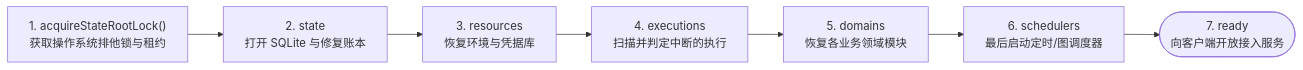
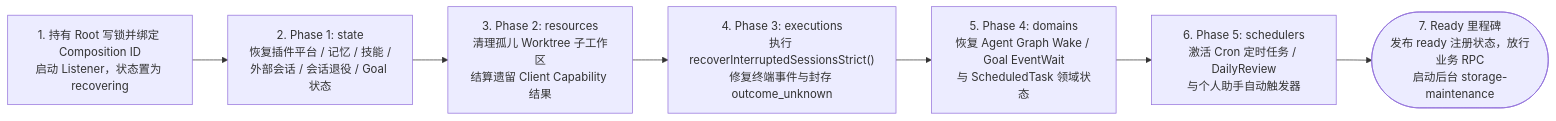
One commit to suger-m/agent-infrastructure-docs changed the first of 3 diagrams in maka-agent-infra/04-state/host-ownership-and-sync.md. Above: the diagram before and after it, drawn with Mermaid. The commit also changed other lines of this file and 31 other files, not shown here.

````diff
--- a/maka-agent-infra/04-state/host-ownership-and-sync.md
+++ b/maka-agent-infra/04-state/host-ownership-and-sync.md
@@ -22,9 +56,9 @@
 ```mermaid
 flowchart LR
-    Lock["1. acquireStateRootLock()<br/>获取操作系统排他锁与租约"] --> S1["2. state<br/>打开 SQLite 与修复账本"]
-    S1 --> S2["3. resources<br/>恢复环境与凭据库"]
-    S2 --> S3["4. executions<br/>扫描并判定中断的执行"]
-    S3 --> S4["5. domains<br/>恢复各业务领域模块"]
-    S4 --> S5["6. schedulers<br/>最后启动定时/图调度器"]
-    S5 --> Ready(["7. ready<br/>向客户端开放接入服务"])
+    Boot["1. 持有 Root 写锁并绑定 Composition ID<br/>启动 Listener，状态置为 recovering"] --> P1["2. Phase 1: state<br/>恢复插件平台 / 记忆 / 技能 /<br/>外部会话 / 会话退役 / Goal 状态"]
+    P1 --> P2["3. Phase 2: resources<br/>清理孤儿 Worktree 子工作区<br/>结算遗留 Client Capability 结果"]
+    P2 --> P3["4. Phase 3: executions<br/>执行 recoverInterruptedSessionsStrict()<br/>修复终端事件与封存 outcome_unknown"]
+    P3 --> P4["5. Phase 4: domains<br/>恢复 Agent Graph Wake / Goal EventWait<br/>与 ScheduledTask 领域状态"]
+    P4 --> P5["6. Phase 5: schedulers<br/>激活 Cron 定时任务 / DailyReview<br/>与个人助手自动触发器"]
+    P5 --> Ready(["7. Ready 里程碑<br/>发布 ready 注册状态，放行业务 RPC<br/>启动后台 storage-maintenance"])
 ```
````
